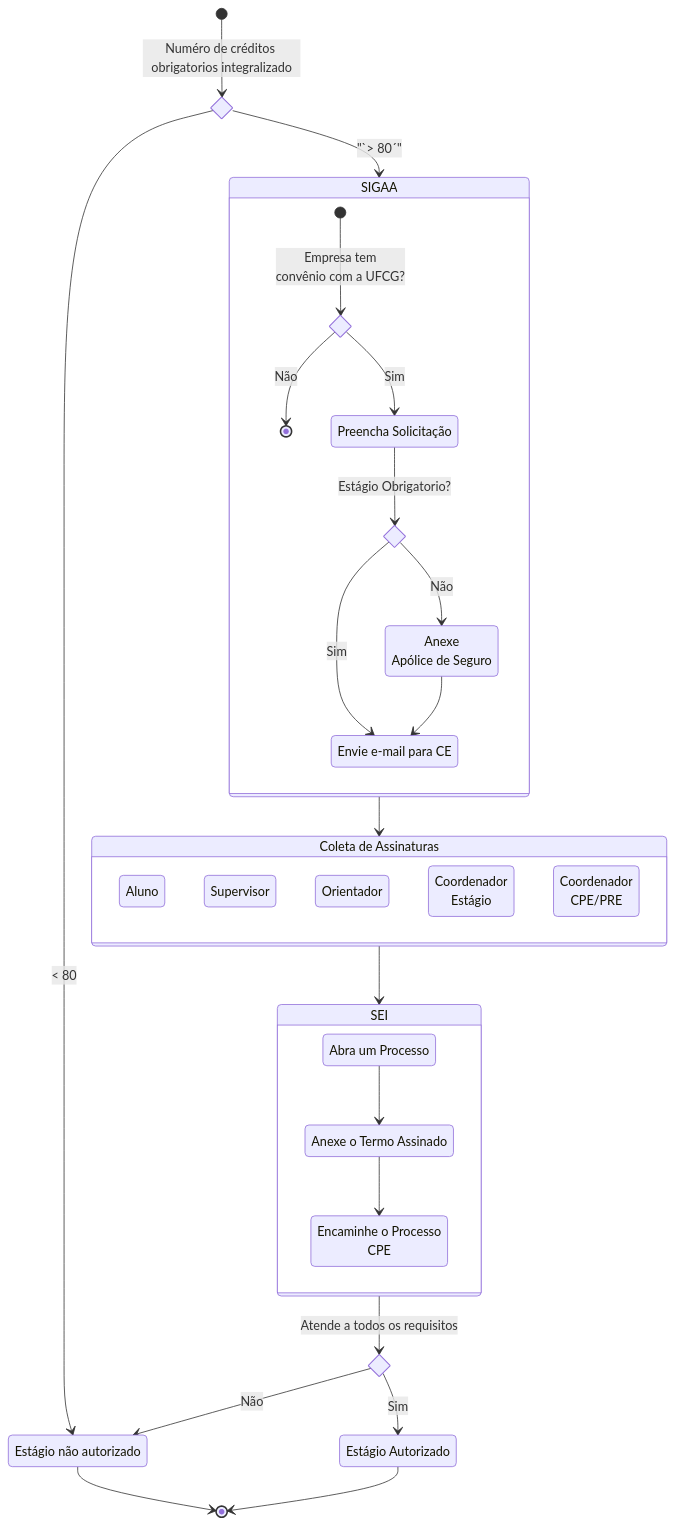
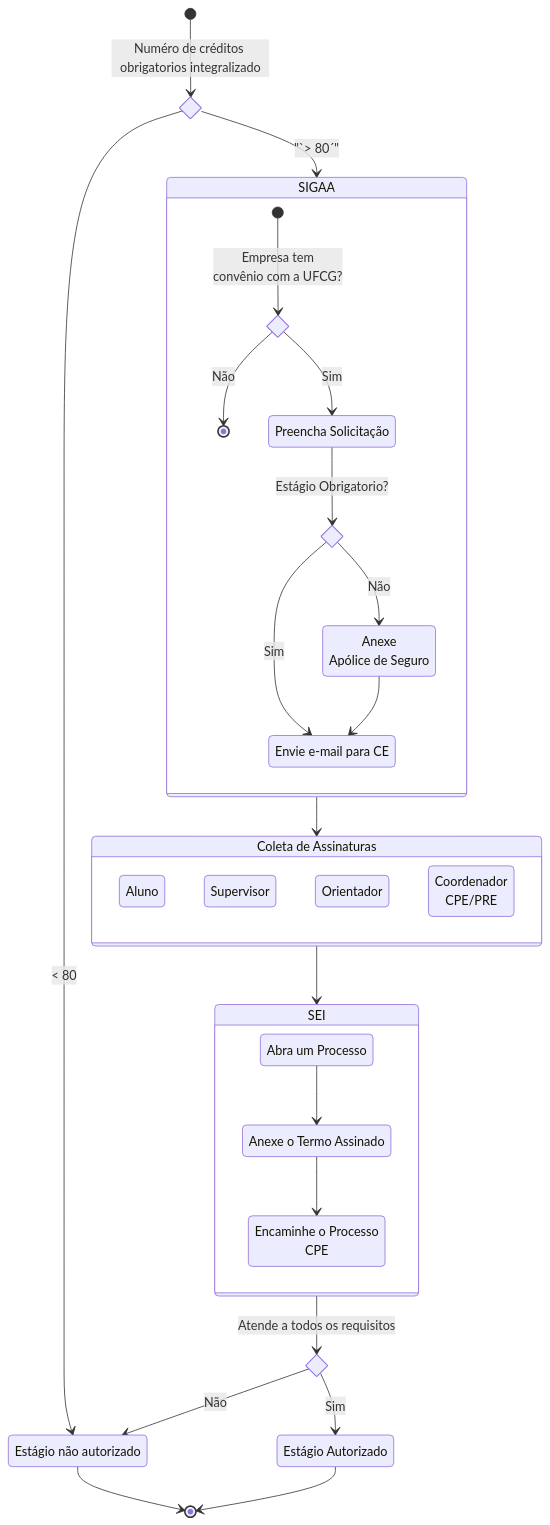
Before and after one commit to ccufcg/ce: the diagram in novo_estagio.md, drawn with Mermaid.

Commit message:
atualizacao 01-2025 SIGAA

````diff
--- a/novo_estagio.md
+++ b/novo_estagio.md
@@ -27,67 +27,67 @@
 ```mermaid
 stateDiagram-v2
     direction TB
     
     ns : Estágio não autorizado
     ea : Estágio Autorizado
     state if_q1 <<choice>>
     state if_q2 <<choice>>
 
     B: SIGAA
     state B {
         direction TB
         state if_b1 <<choice>>
         state if_b2 <<choice>>
         B1: Preencha Solicitação
         B2: Anexe <br/> Apólice de Seguro
         B3: Envie e-mail para CE
         
 
         [*] --> if_b1 : Empresa tem <br/> convênio com a UFCG?
         if_b1 --> [*] : Não
         if_b1 --> B1 : Sim
         B1 --> if_b2 : Estágio Obrigatorio?
         if_b2 --> B2 : Não
         if_b2 --> B3 : Sim
 
         %% if_b2 --> B2 : Não
         %% B2 -- > B1
         
         B2 --> B3
     }
 
     C : Coleta de Assinaturas
     state C {
         C1: Aluno
         C2: Supervisor
         C3: Orientador
-        C4: Coordenador <br/> Estágio
+        %% C4: Coordenador <br/> Estágio
         C5: Coordenador <br/> CPE/PRE
 
     }
 
     D: SEI
     state D {
         direction TB
         D1: Abra um Processo
         D2: Anexe o Termo Assinado
         D3: Encaminhe o Processo <br/> CPE
 
         D1 --> D2
         D2 --> D3
 
     }
 
     [*] --> if_q1 : Numéro de créditos obrigatorios integralizado
     if_q1 --> B : "ˋ> 80´"
     if_q1 --> ns : < 80
     ns --> [*]
     B --> C
     C --> D
     D --> if_q2 : Atende a todos os requisitos
     if_q2 --> ea : Sim
     if_q2 --> ns : Não
     ea --> [*]
 
 
 ```
````
